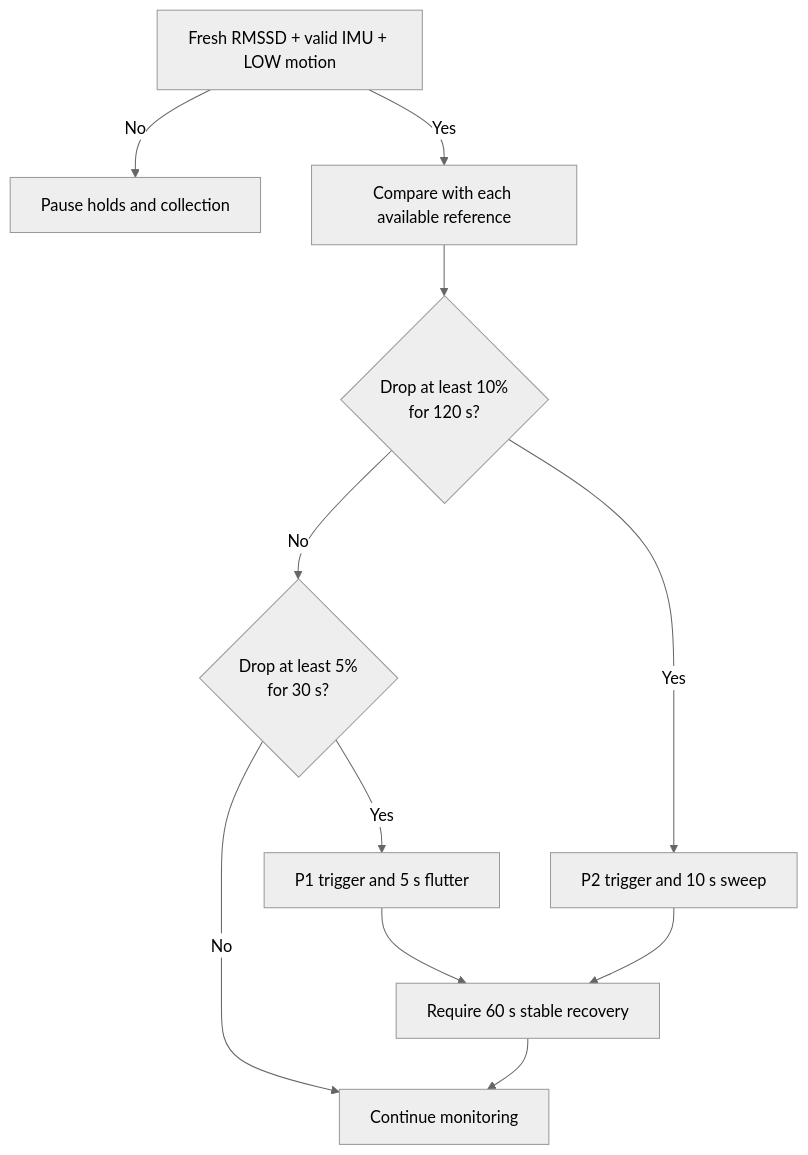
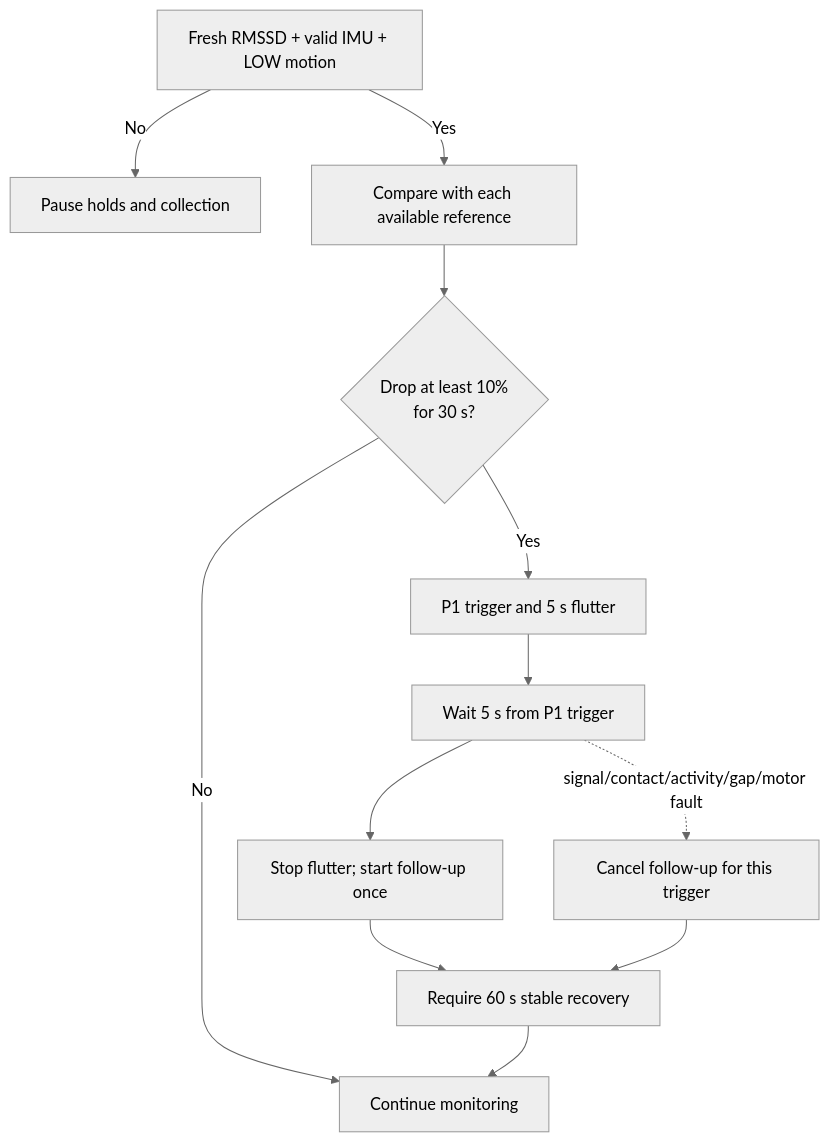
The second of 3 diagrams in docs/README.md (rohanbaichwal1-rgb/Sutra), drawn with Mermaid (neutral theme) before and after one commit. The commit also changed other lines of this file and 21 other files, not shown here.

````diff
--- a/docs/README.md
+++ b/docs/README.md
@@ -41,13 +43,14 @@
 ```mermaid
 flowchart TD
     A[Fresh RMSSD + valid IMU + LOW motion] -->|No| Stop[Pause holds and collection]
     A -->|Yes| B[Compare with each available reference]
-    B --> C{Drop at least 10%<br/>for 120 s?}
-    C -->|Yes| P2[P2 trigger and 10 s sweep]
-    C -->|No| D{Drop at least 5%<br/>for 30 s?}
+    B --> D{Drop at least 10%<br/>for 30 s?}
     D -->|Yes| P1[P1 trigger and 5 s flutter]
     D -->|No| Watch[Continue monitoring]
-    P1 --> Recover[Require 60 s stable recovery]
-    P2 --> Recover
+    P1 --> Delay[Wait 5 s from P1 trigger]
+    Delay --> Follow[Stop flutter; start follow-up once]
+    Delay -. signal/contact/activity/gap/motor fault .-> Cancel[Cancel follow-up for this trigger]
+    Follow --> Recover[Require 60 s stable recovery]
+    Cancel --> Recover
     Recover --> Watch
 ```
````
